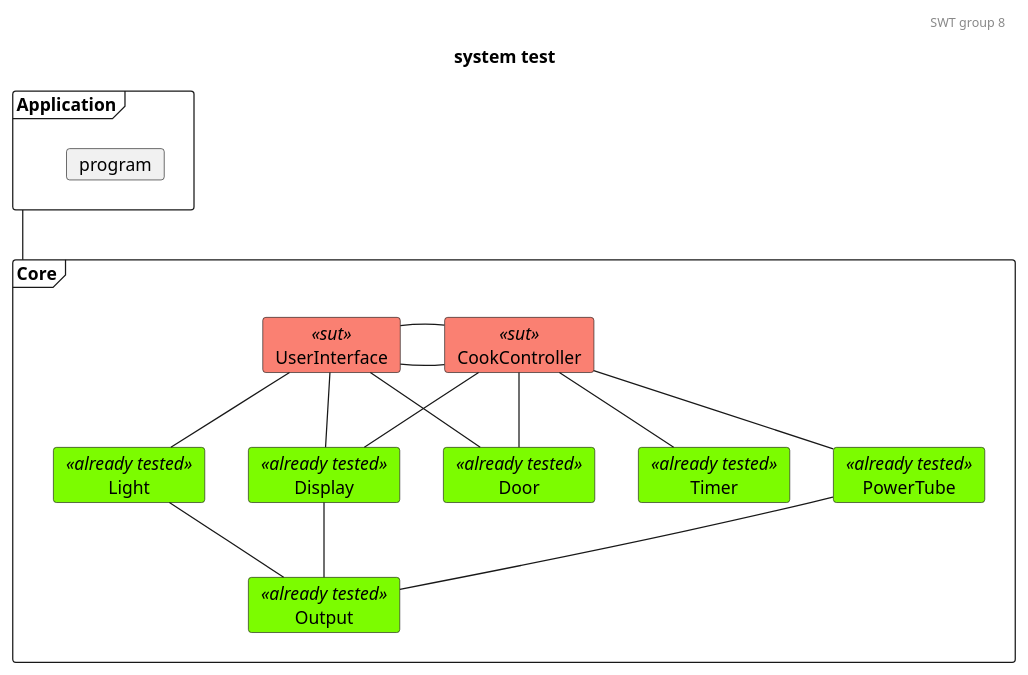
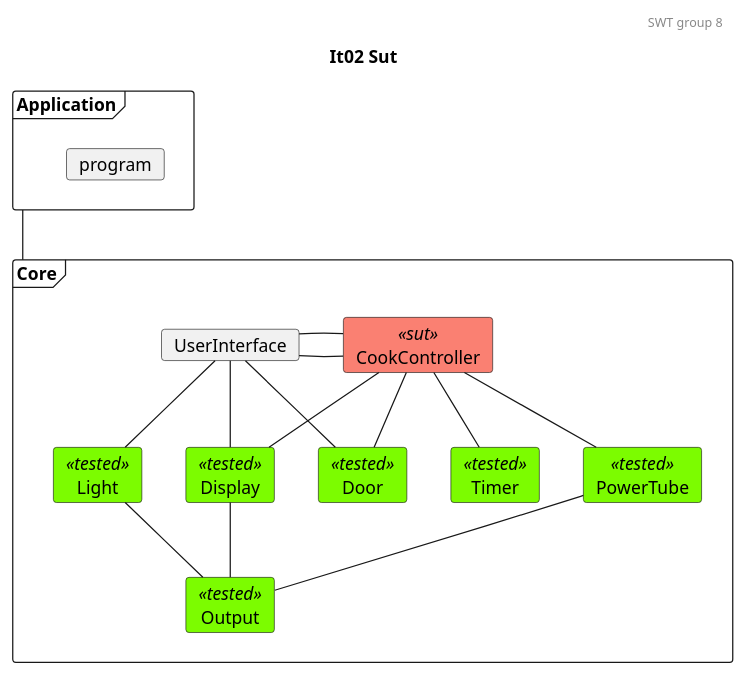
One commit to mikkel-ol/I4SWT-MicrowaveOven changed the diagram in docs/SysTestTree2.plantuml. Above: the diagram before and after it, drawn with PlantUML. The commit also changed 3 other files, not shown here.

```diff
--- a/docs/SysTestTree2.plantuml
+++ b/docs/SysTestTree2.plantuml
@@ -1,57 +1,57 @@
 @startuml
 
 'Testing colors:
 skinparam card{
-    backgroundColor<<already tested>> lawngreen
+    backgroundColor<<tested>> lawngreen
     backgroundColor<<sut>> salmon
     'backgroundColor<<tested>> gold
 }
 
 header SWT group 8
-title system test
+title It02 Sut
 
 frame Application{
     card program
 }
 
 frame Core{
-    card UserInterface<<sut>>
+    card UserInterface
     card CookController<<sut>>
 
-    card Door<<already tested>>
-    card Light<<already tested>>
-    card Timer<<already tested>>
-    card PowerTube<<already tested>>
-    card Display<<already tested>>
-    card Output<<already tested>>
+    card Door<<tested>>
+    card Light<<tested>>
+    card Timer<<tested>>
+    card PowerTube<<tested>>
+    card Display<<tested>>
+    card Output<<tested>>
 }
 
 'Relations projects
 ' 0. to 1.
 Application -- Core
 
 'Relations CookController:
 '1.
 CookController - UserInterface
 '1. to 2.
 CookController -- Door
 CookController -- Timer
 CookController -- PowerTube
 CookController -- Display
 
 'Relations UserInterface:
 '1.
 UserInterface - CookController
 '1. to 2.
 UserInterface -- Light
 UserInterface -- Door
 UserInterface -- Display
 
 ' Relations 2. to 3.
 Light -- Output
 Display -- Output
 PowerTube -- Output
 
 
 
 @enduml
```
